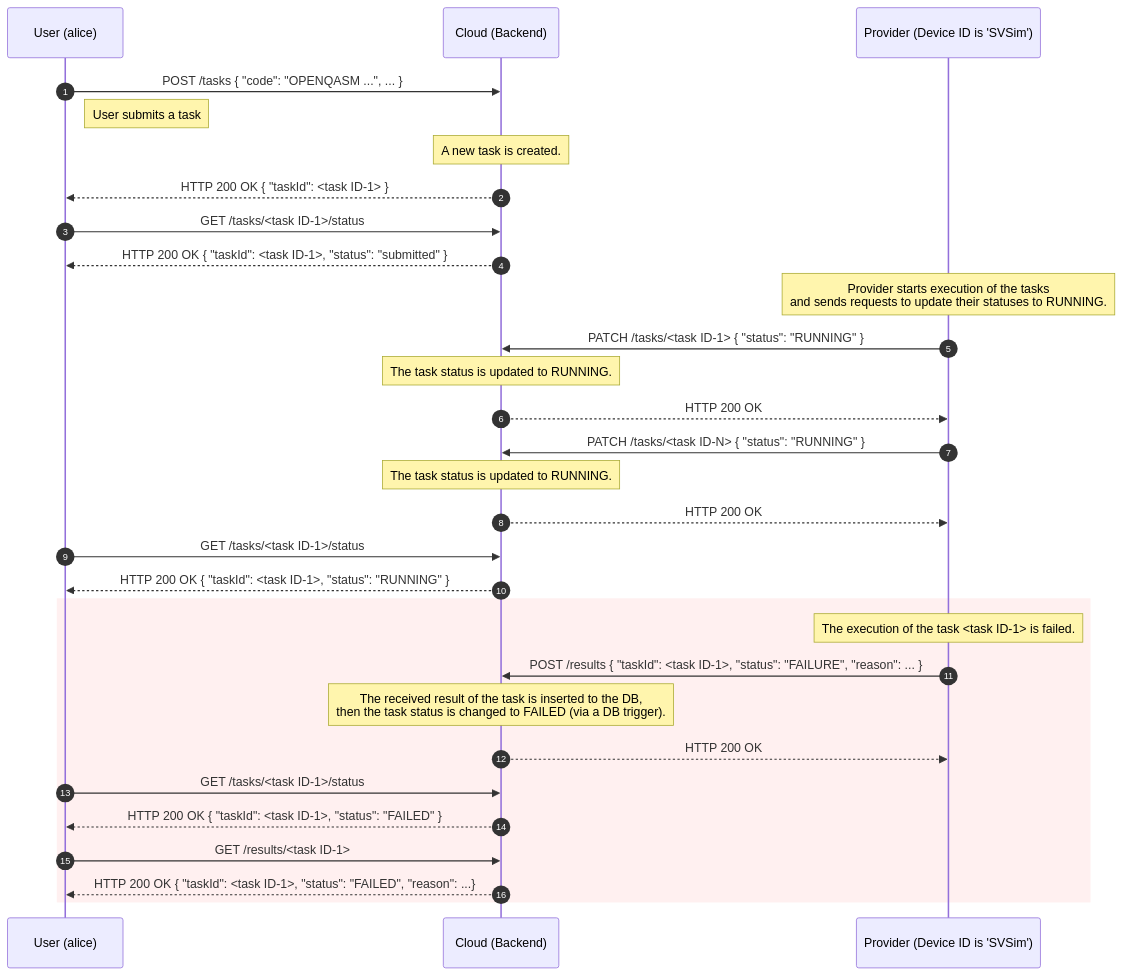
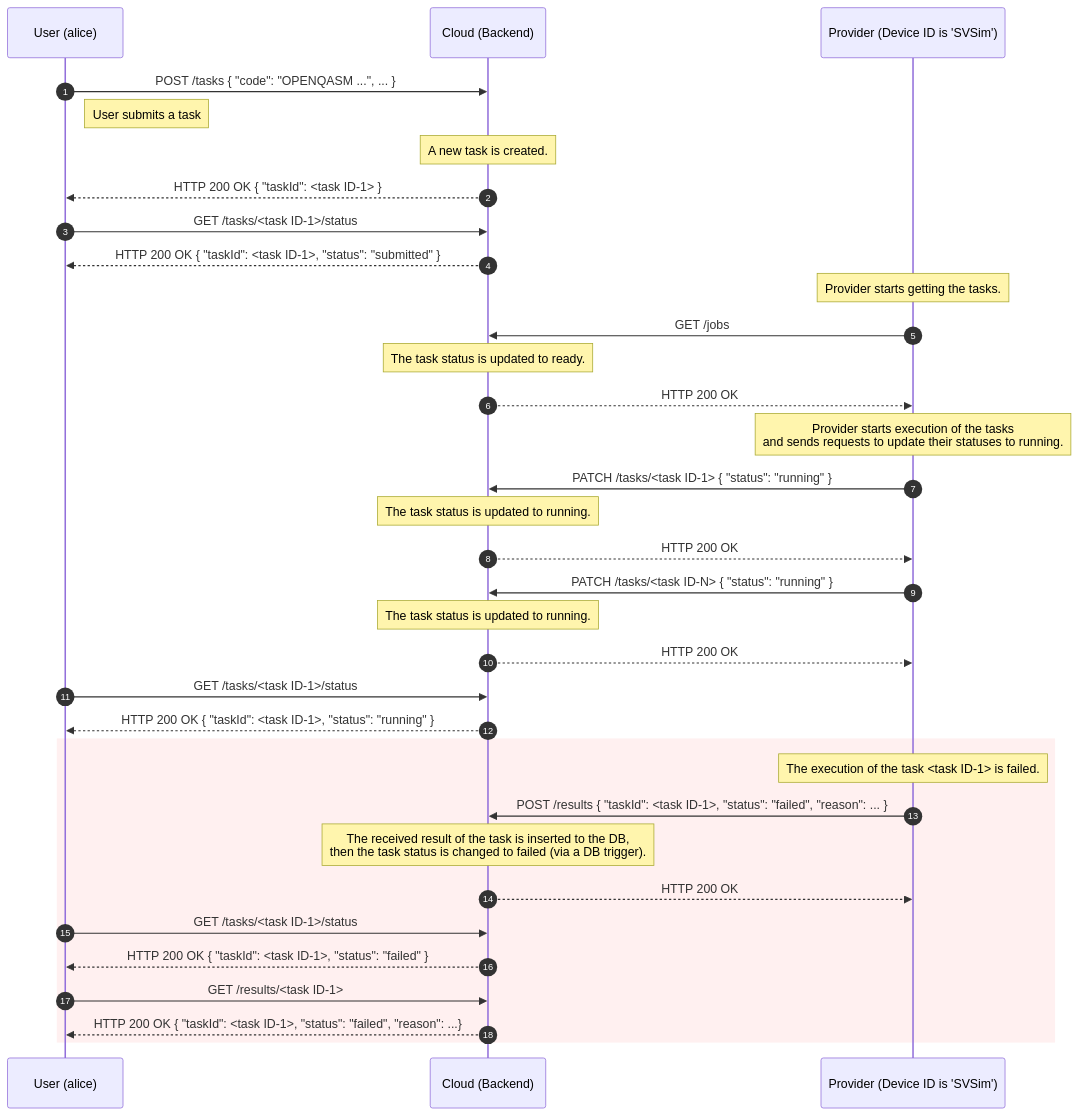
One commit to oqtopus-team/oqtopus-cloud changed the second of 3 diagrams in docs/ja/architecture/sequence_diagram.md. Above: the diagram before and after it, drawn with Mermaid. The commit also changed other lines of this file and 37 other files, not shown here.

````diff
--- a/docs/ja/architecture/sequence_diagram.md
+++ b/docs/ja/architecture/sequence_diagram.md
@@ -79,40 +87,45 @@
 ```mermaid
 sequenceDiagram
     autonumber
     participant User as User (alice)
     participant Cloud as Cloud (Backend)
     participant Provider as Provider (Device ID is 'SVSim')
 
     User->>Cloud: POST /tasks { "code": "OPENQASM ...", ... }
     Note right of User: User submits a task
     Note over Cloud: A new task is created.
     Cloud-->>User: HTTP 200 OK { "taskId": <task ID-1> }
 
     User->>Cloud: GET /tasks/<task ID-1>/status
     Cloud-->>User: HTTP 200 OK { "taskId": <task ID-1>, "status": "submitted" }
 
-    Note over Provider: Provider starts execution of the tasks<br>and sends requests to update their statuses to RUNNING.
-    Provider->>Cloud: PATCH /tasks/<task ID-1> { "status": "RUNNING" }
-    Note over Cloud: The task status is updated to RUNNING.
+    Note over Provider: Provider starts getting the tasks.
+    Provider->>Cloud: GET /jobs
+    Note over Cloud: The task status is updated to ready.
     Cloud-->>Provider: HTTP 200 OK
 
-    Provider->>Cloud: PATCH /tasks/<task ID-N> { "status": "RUNNING" }
-    Note over Cloud: The task status is updated to RUNNING.
+    Note over Provider: Provider starts execution of the tasks<br>and sends requests to update their statuses to running.
+    Provider->>Cloud: PATCH /tasks/<task ID-1> { "status": "running" }
+    Note over Cloud: The task status is updated to running.
+    Cloud-->>Provider: HTTP 200 OK
+
+    Provider->>Cloud: PATCH /tasks/<task ID-N> { "status": "running" }
+    Note over Cloud: The task status is updated to running.
     Cloud-->>Provider: HTTP 200 OK
 
     User->>Cloud: GET /tasks/<task ID-1>/status
-    Cloud-->>User: HTTP 200 OK { "taskId": <task ID-1>, "status": "RUNNING" }
+    Cloud-->>User: HTTP 200 OK { "taskId": <task ID-1>, "status": "running" }
 
     rect rgb(255, 240, 240)
         Note over Provider: The execution of the task <task ID-1> is failed.
-        Provider->>Cloud: POST /results { "taskId": <task ID-1>, "status": "FAILURE", "reason": ... }
-        Note over Cloud: The received result of the task is inserted to the DB,<br> then the task status is changed to FAILED (via a DB trigger).
+        Provider->>Cloud: POST /results { "taskId": <task ID-1>, "status": "failed", "reason": ... }
+        Note over Cloud: The received result of the task is inserted to the DB,<br> then the task status is changed to failed (via a DB trigger).
         Cloud-->>Provider: HTTP 200 OK
   
         User->>Cloud: GET /tasks/<task ID-1>/status
-        Cloud-->>User: HTTP 200 OK { "taskId": <task ID-1>, "status": "FAILED" }
+        Cloud-->>User: HTTP 200 OK { "taskId": <task ID-1>, "status": "failed" }
   
         User->>Cloud: GET /results/<task ID-1>
-        Cloud-->>User: HTTP 200 OK { "taskId": <task ID-1>, "status": "FAILED", "reason": ...}
+        Cloud-->>User: HTTP 200 OK { "taskId": <task ID-1>, "status": "failed", "reason": ...}
     end
 ```
````
